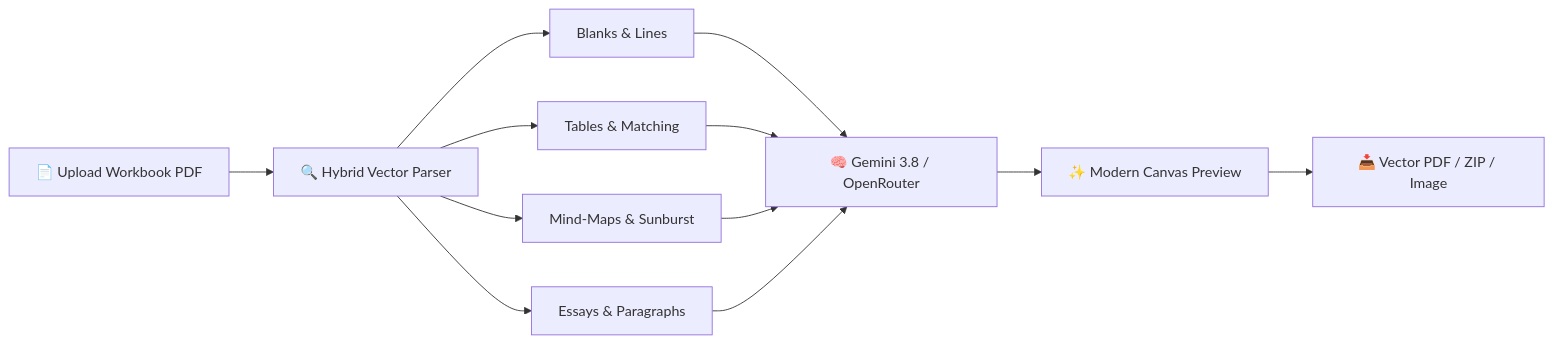
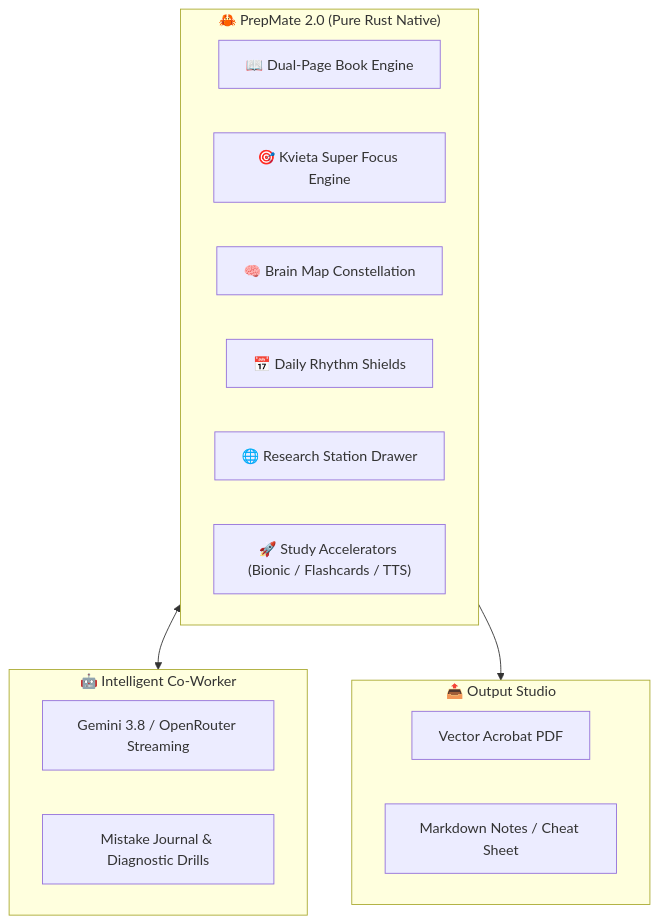
The diagram in README.md (Rel0adediso/Prepmate-PDF), drawn with Mermaid before and after one commit. The commit also changed other lines of this file and 18 other files, not shown here.

First line of the commit message:
feat: release PrepMate 2.0 with Kvieta focus engine, brain map and co-worker agent

````diff
--- a/README.md
+++ b/README.md
@@ -60,11 +87,21 @@
 ```mermaid
-flowchart LR
-    A["📄 Upload Workbook PDF"] --> B["🔍 Hybrid Vector Parser"]
-    B --> C1["Blanks & Lines"]
-    B --> C2["Tables & Matching"]
-    B --> C3["Mind-Maps & Sunburst"]
-    B --> C4["Essays & Paragraphs"]
-    C1 & C2 & C3 & C4 --> D["🧠 Gemini 3.8 / OpenRouter"]
-    D --> E["✨ Modern Canvas Preview"]
-    E --> F["📥 Vector PDF / ZIP / Image"]
+flowchart TD
+    subgraph Core["🦀 PrepMate 2.0 (Pure Rust Native)"]
+        A["📖 Dual-Page Book Engine"]
+        B["🎯 Kvieta Super Focus Engine"]
+        C["🧠 Brain Map Constellation"]
+        D["📅 Daily Rhythm Shields"]
+        E["🌐 Research Station Drawer"]
+        F["🚀 Study Accelerators (Bionic / Flashcards / TTS)"]
+    end
+    subgraph AI["🤖 Intelligent Co-Worker"]
+        G["Gemini 3.8 / OpenRouter Streaming"]
+        H["Mistake Journal & Diagnostic Drills"]
+    end
+    subgraph Export["📤 Output Studio"]
+        I["Vector Acrobat PDF"]
+        J["Markdown Notes / Cheat Sheet"]
+    end
+    Core <--> AI
+    Core --> Export
 ```
````
